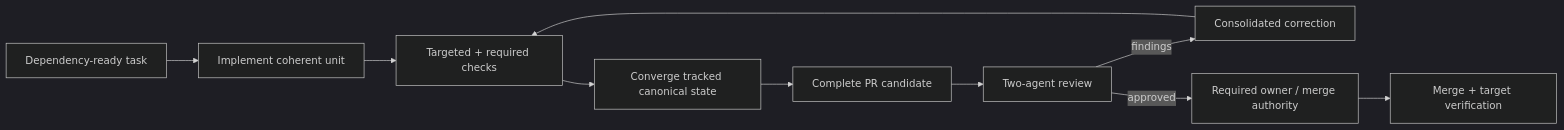
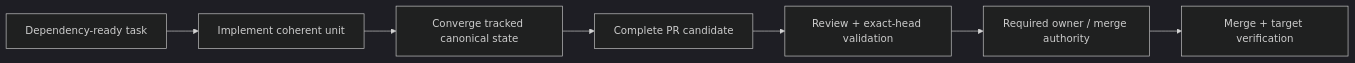
Before and after one commit to hhhhhusky777/spec-driven-delivery-playbook: the seventh of 11 diagrams in README.md, drawn with Mermaid (dark theme). The commit also changed other lines of this file and 6 other files, not shown here.

````diff
--- a/README.md
+++ b/README.md
@@ -294,12 +294,9 @@
 ```mermaid
 flowchart LR
     R["Dependency-ready task"] --> I["Implement coherent unit"]
-    I --> T["Targeted + required checks"]
-    T --> C["Converge tracked canonical state"]
+    I --> C["Converge tracked canonical state"]
     C --> PR["Complete PR candidate"]
-    PR --> A["Two-agent review"]
-    A -->|"findings"| F["Consolidated correction"]
-    F --> T
-    A -->|"approved"| H["Required owner / merge authority"]
+    PR --> A["Review + exact-head validation"]
+    A --> H["Required owner / merge authority"]
     H --> M["Merge + target verification"]
 ```
````
